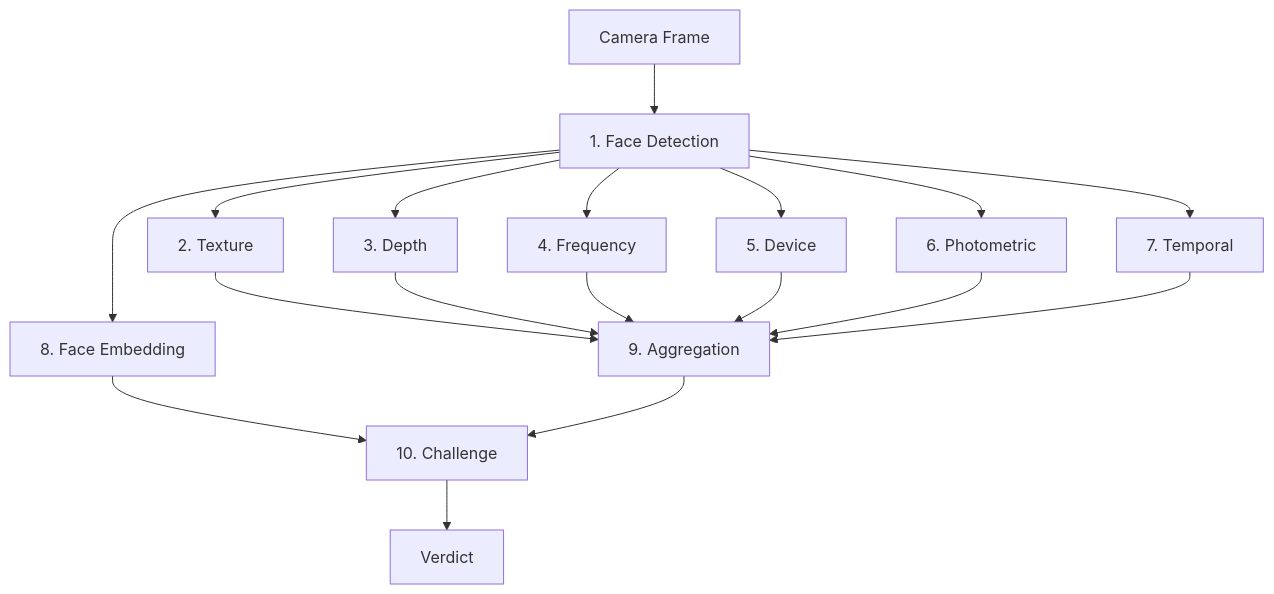
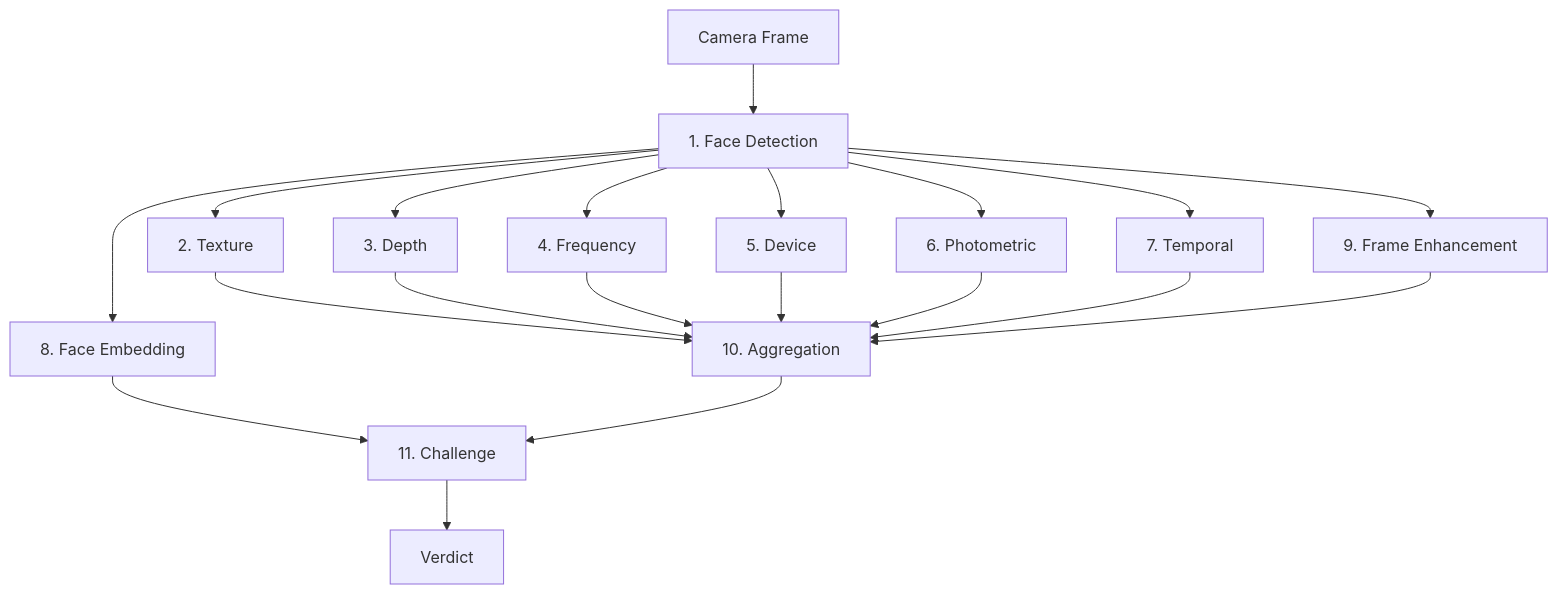
One commit to iamjosephmj/OpenPAD changed the first of 2 diagrams in README.md. Above: the diagram before and after it, drawn with Mermaid. The commit also changed other lines of this file and 31 other files, not shown here.

````diff
--- a/README.md
+++ b/README.md
@@ -203,20 +205,22 @@
 ```mermaid
 flowchart TB
     CAM[Camera Frame] --> FD[1. Face Detection]
     FD --> TEX[2. Texture]
     FD --> DEP[3. Depth]
     FD --> FREQ[4. Frequency]
     FD --> DEV[5. Device]
     FD --> PHOTO[6. Photometric]
     FD --> TEMP[7. Temporal]
     FD --> EMB[8. Face Embedding]
-    TEX --> AGG[9. Aggregation]
+    FD --> ENH[9. Frame Enhancement]
+    TEX --> AGG[10. Aggregation]
     DEP --> AGG
     FREQ --> AGG
     DEV --> AGG
     PHOTO --> AGG
     TEMP --> AGG
-    EMB --> CHAL[10. Challenge]
+    ENH --> AGG
+    EMB --> CHAL[11. Challenge]
     AGG --> CHAL
     CHAL --> VERDICT[Verdict]
 ```
````
